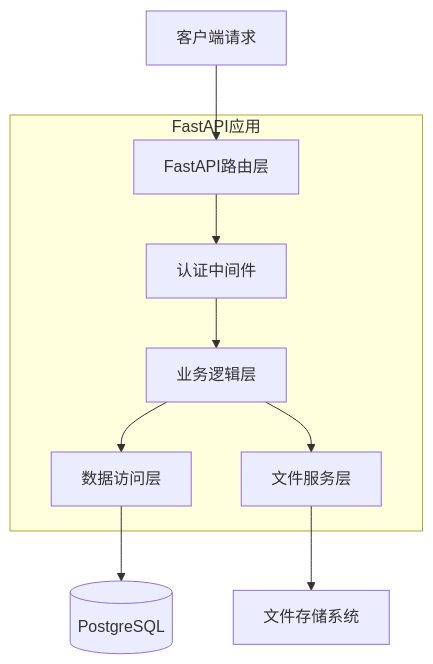
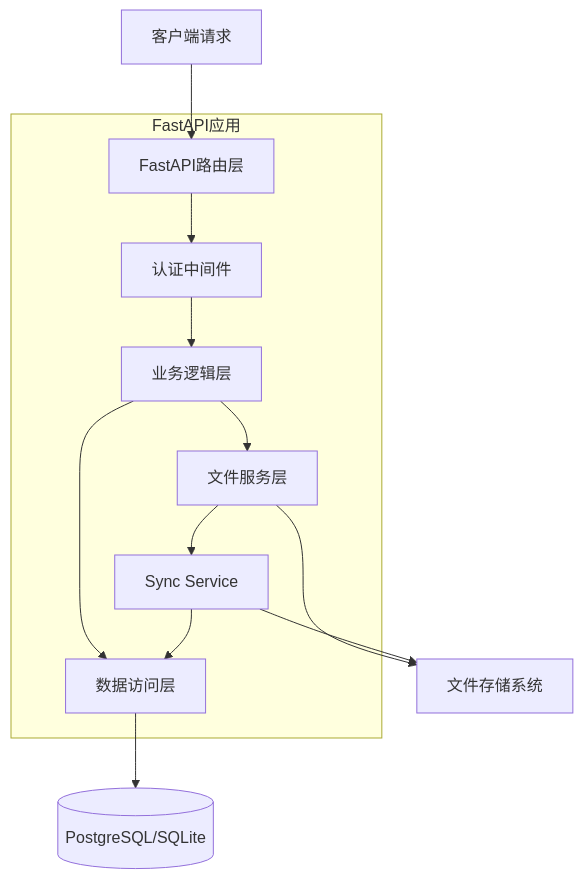
The second of 3 diagrams in .trae/documents/neoshare_technical_architecture.md (he-xiansen/neoshare2), drawn with Mermaid before and after one commit. The commit also changed other lines of this file and 11 other files, not shown here.

````diff
--- a/.trae/documents/neoshare_technical_architecture.md
+++ b/.trae/documents/neoshare_technical_architecture.md
@@ -137,18 +159,22 @@
 ```mermaid
 graph TD
     A[客户端请求] --> B[FastAPI路由层]
     B --> C[认证中间件]
     C --> D[业务逻辑层]
     D --> E[数据访问层]
-    E --> F[(PostgreSQL)]
+    E --> F[(PostgreSQL/SQLite)]
     D --> G[文件服务层]
     G --> H[文件存储系统]
+    G --> I[Sync Service]
+    I --> H
+    I --> E
     
     subgraph "FastAPI应用"
         B
         C
         D
         E
         G
+        I
     end
 ```
````
